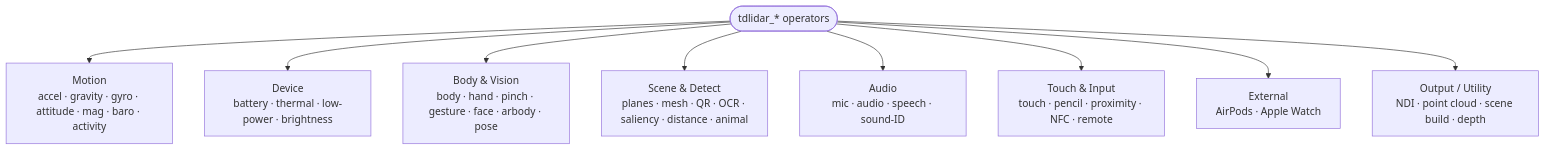
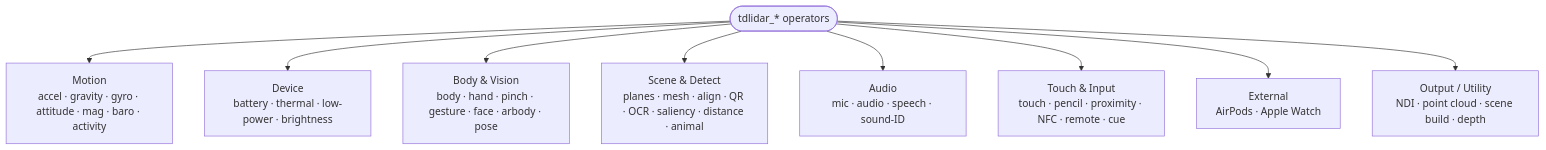
Before and after one commit to TDLiDAR/DOC: the diagram in operators.md, drawn with Mermaid. The commit also changed other lines of this file and 9 other files, not shown here.

First line of the commit message:
Document Align, Cue Deck, Monocular Depth and Mesh Cloud

````diff
--- a/operators.md
+++ b/operators.md
@@ -14,12 +14,12 @@
 ```mermaid
 flowchart TB
   ROOT(["tdlidar_* operators"])
   ROOT --> M["Motion<br/>accel · gravity · gyro · attitude · mag · baro · activity"]
   ROOT --> D["Device<br/>battery · thermal · low-power · brightness"]
   ROOT --> B["Body &amp; Vision<br/>body · hand · pinch · gesture · face · arbody · pose"]
-  ROOT --> S["Scene &amp; Detect<br/>planes · mesh · QR · OCR · saliency · distance · animal"]
+  ROOT --> S["Scene &amp; Detect<br/>planes · mesh · align · QR · OCR · saliency · distance · animal"]
   ROOT --> A["Audio<br/>mic · audio · speech · sound-ID"]
-  ROOT --> T["Touch &amp; Input<br/>touch · pencil · proximity · NFC · remote"]
+  ROOT --> T["Touch &amp; Input<br/>touch · pencil · proximity · NFC · remote · cue"]
   ROOT --> X["External<br/>AirPods · Apple Watch"]
   ROOT --> O["Output / Utility<br/>NDI · point cloud · scene build · depth"]
 ```
````
